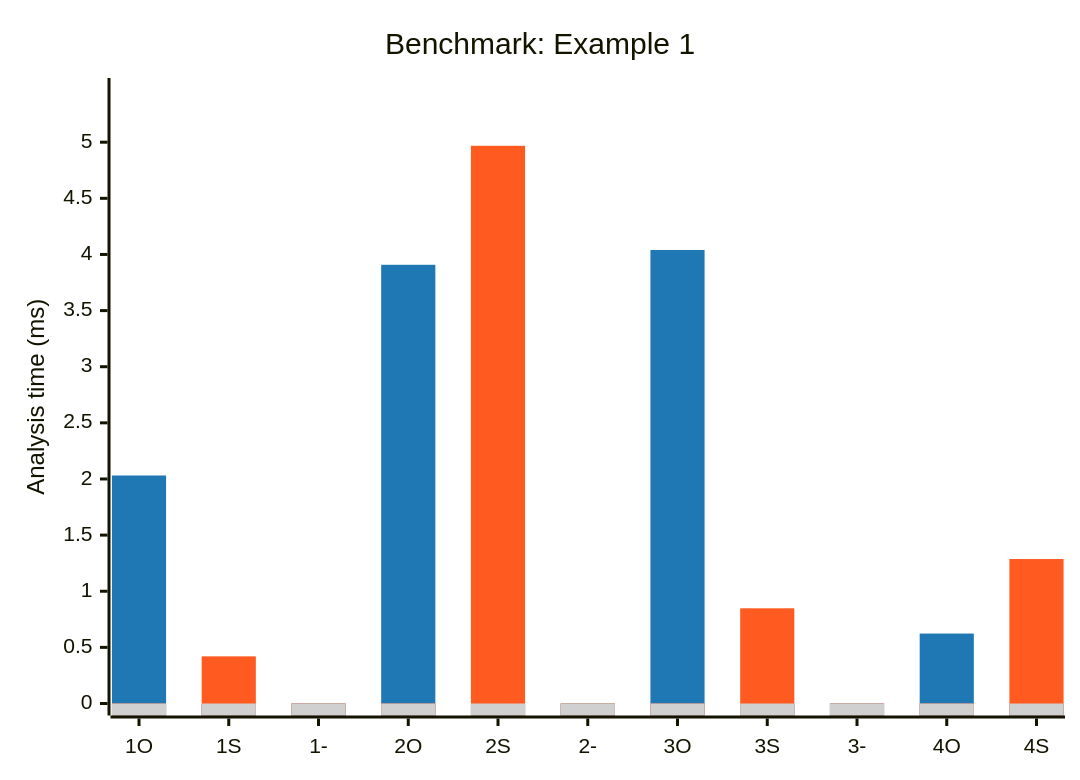
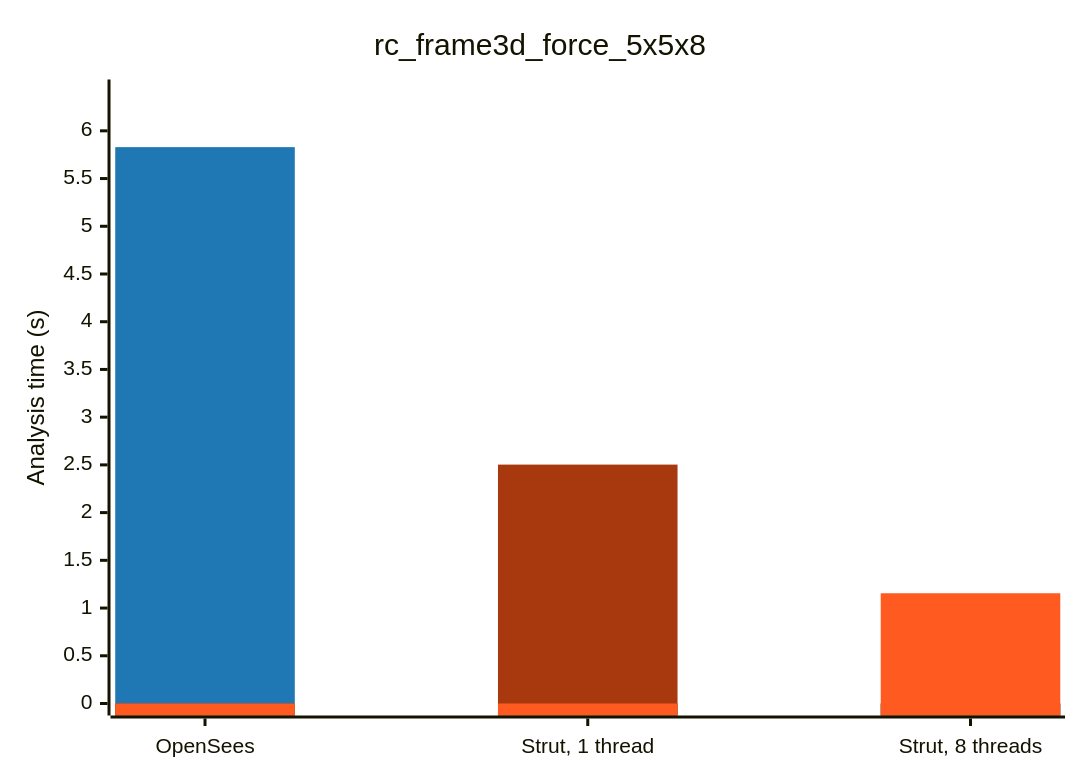
The second of 9 diagrams in docs/benchmark-opensees-examples.md (NathanaelRea/Strut), drawn with Mermaid before and after one commit. The commit also changed other lines of this file and 66 other files, not shown here.

````diff
--- a/docs/benchmark-opensees-examples.md
+++ b/docs/benchmark-opensees-examples.md
@@ -7,15 +44,15 @@
 ```mermaid
 ---
 config:
   themeVariables:
     xyChart:
-      plotColorPalette: '#1f77b4, #FF5A1F, #d0d0d0'
+      plotColorPalette: '#1f77b4, #a8390f, #FF5A1F'
 ---
 xychart-beta
-    title "Benchmark: Example 1"
-    x-axis ["1O", "1S", "1-", "2O", "2S", "2-", "3O", "3S", "3-", "4O", "4S"]
-    y-axis "Analysis time (ms)" 0 --> 5.465
-    bar "OS" [2.031, 0.0, 0.0, 3.908, 0.0, 0.0, 4.040, 0.0, 0.0, 0.623, 0.0]
-    bar "STR" [0.0, 0.420, 0.0, 0.0, 4.968, 0.0, 0.0, 0.848, 0.0, 0.0, 1.287]
-    bar "mask" [0.0, 0.0, 0.0, 0.0, 0.0, 0.0, 0.0, 0.0, 0.0, 0.0, 0.0]
+    title "rc_frame3d_force_5x5x8"
+    x-axis ["OpenSees", "Strut, 1 thread", "Strut, 8 threads"]
+    y-axis "Analysis time (s)" 0 --> 6.412
+    bar "OS" [5.829, 0.0, 0.0]
+    bar "STR1" [0.0, 2.503, 0.0]
+    bar "STR" [0.0, 0.0, 1.155]
 ```
````
